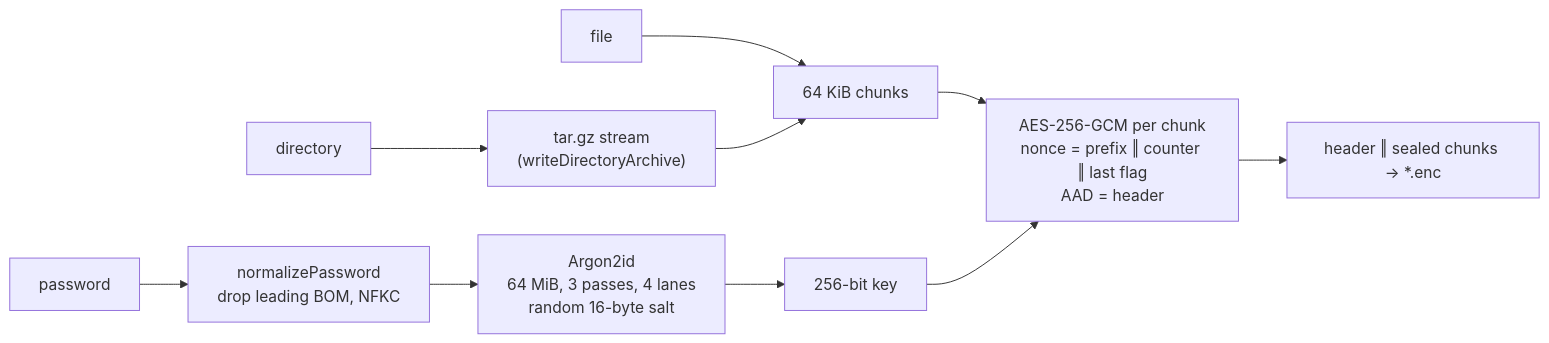
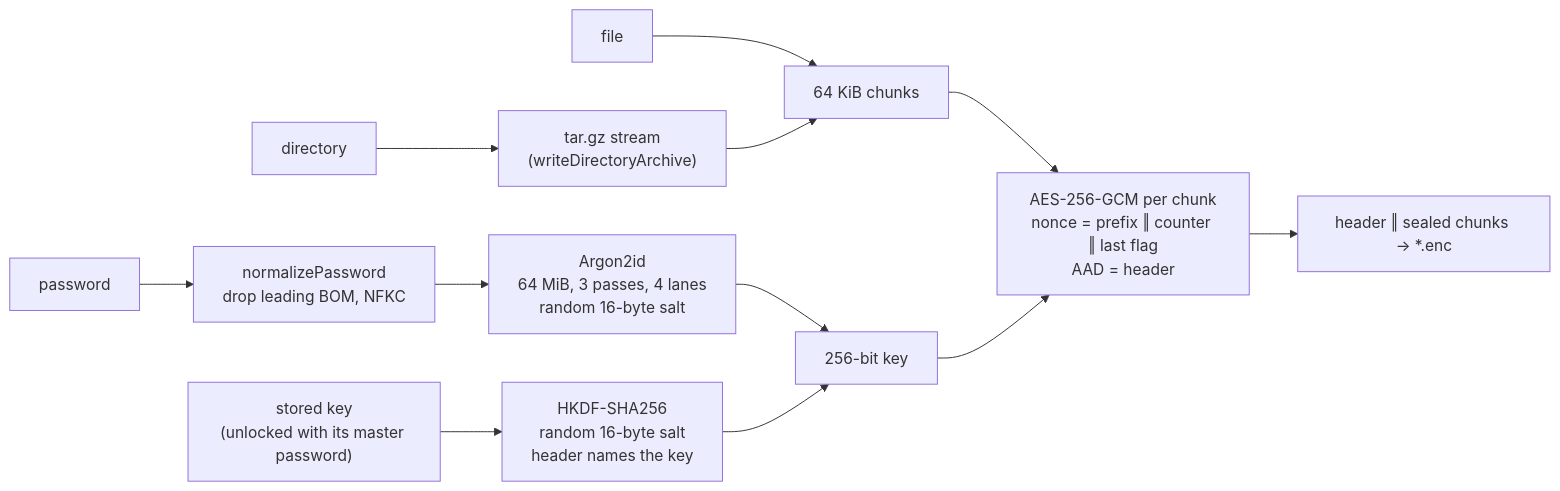
One commit to jabbott-iii/Cryptare changed the second of 3 diagrams in intel/map.md. Above: the diagram before and after it, drawn with Mermaid. The commit also changed other lines of this file and 23 other files, not shown here.

````diff
--- a/intel/map.md
+++ b/intel/map.md
@@ -88,8 +95,9 @@
 ```mermaid
 flowchart LR
   pw["password"] --> nfkc["normalizePassword<br/>drop leading BOM, NFKC"] --> kdf["Argon2id<br/>64 MiB, 3 passes, 4 lanes<br/>random 16-byte salt"] --> key["256-bit key"]
+  sk["stored key<br/>(unlocked with its master password)"] --> hkdf["HKDF-SHA256<br/>random 16-byte salt<br/>header names the key"] --> key
   file["file"] --> chunks
   dir["directory"] --> tgz["tar.gz stream<br/>(writeDirectoryArchive)"] --> chunks
   chunks["64 KiB chunks"] --> gcm["AES-256-GCM per chunk<br/>nonce = prefix ‖ counter ‖ last flag<br/>AAD = header"]
   key --> gcm --> out["header ‖ sealed chunks → *.enc"]
 ```
````
